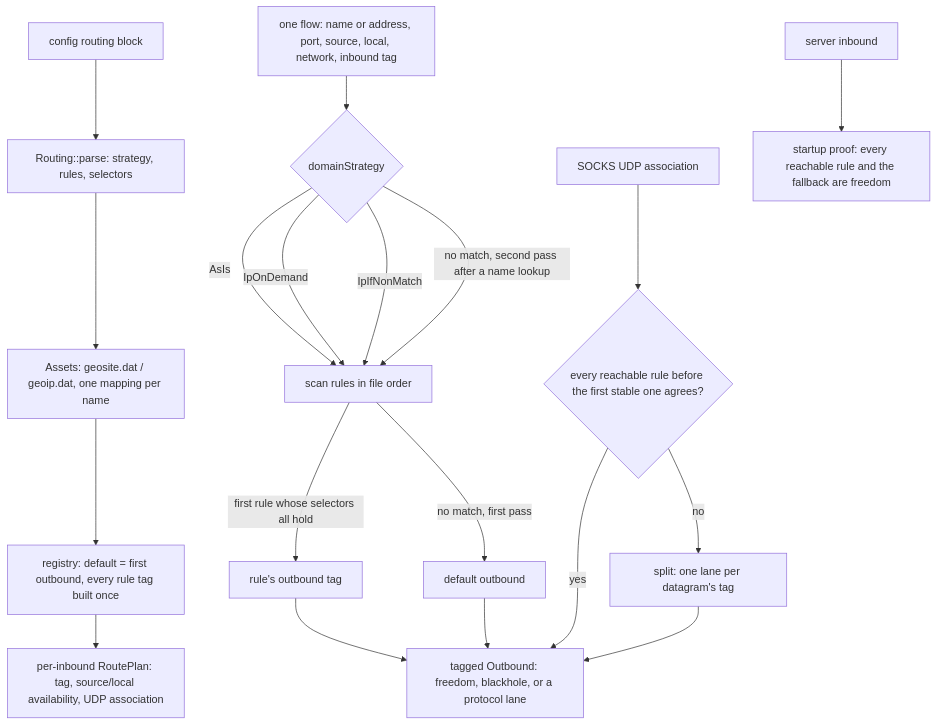
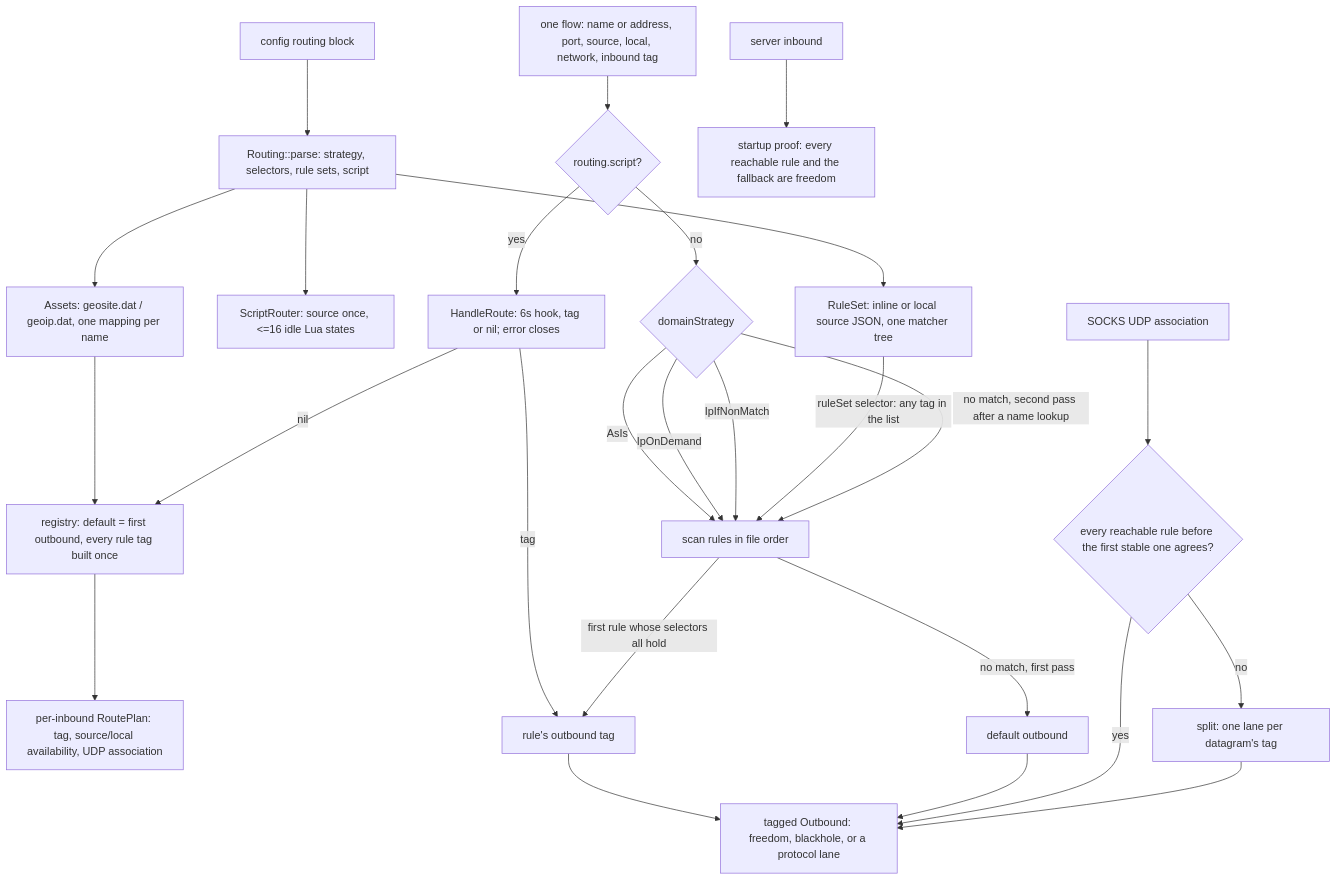
Before and after one commit to Ferrocite/ferrox: the diagram in docs/function/engine-router.md, drawn with Mermaid. The commit also changed other lines of this file and 9 other files, not shown here.

Commit message:
routing: rule sets and scripts (wip)

````diff
--- a/docs/function/engine-router.md
+++ b/docs/function/engine-router.md
@@ -11,21 +15,28 @@
 ```mermaid
 graph TD
-    C["config routing block"] --> P["Routing::parse: strategy, rules, selectors"]
+    C["config routing block"] --> P["Routing::parse: strategy, selectors, rule sets, script"]
     P --> A["Assets: geosite.dat / geoip.dat, one mapping per name"]
+    P --> X["ScriptRouter: source once, <=16 idle Lua states"]
+    P --> E["RuleSet: inline or local source JSON, one matcher tree"]
     A --> R["registry: default = first outbound, every rule tag built once"]
     R --> I["per-inbound RoutePlan: tag, source/local availability, UDP association"]
-    F["one flow: name or address, port, source, local, network, inbound tag"] --> S{"domainStrategy"}
+    F["one flow: name or address, port, source, local, network, inbound tag"] --> H{"routing.script?"}
+    H -- yes --> L["HandleRoute: 6s hook, tag or nil; error closes"]
+    H -- no --> S{"domainStrategy"}
+    L -- tag --> T
+    L -- nil --> R
     S -- AsIs --> M["scan rules in file order"]
     S -- IpOnDemand --> M
     S -- IpIfNonMatch --> M
     M -- "first rule whose selectors all hold" --> T["rule's outbound tag"]
+    E -- "ruleSet selector: any tag in the list" --> M
     M -- "no match, first pass" --> D["default outbound"]
     S -- "no match, second pass after a name lookup" --> M
     T --> O["tagged Outbound: freedom, blackhole, or a protocol lane"]
     D --> O
     U["SOCKS UDP association"] --> Q{"every reachable rule before the first stable one agrees?"}
     Q -- yes --> O
     Q -- no --> W["split: one lane per datagram's tag"]
     W --> O
     V["server inbound"] --> G["startup proof: every reachable rule and the fallback are freedom"]
 ```
````
